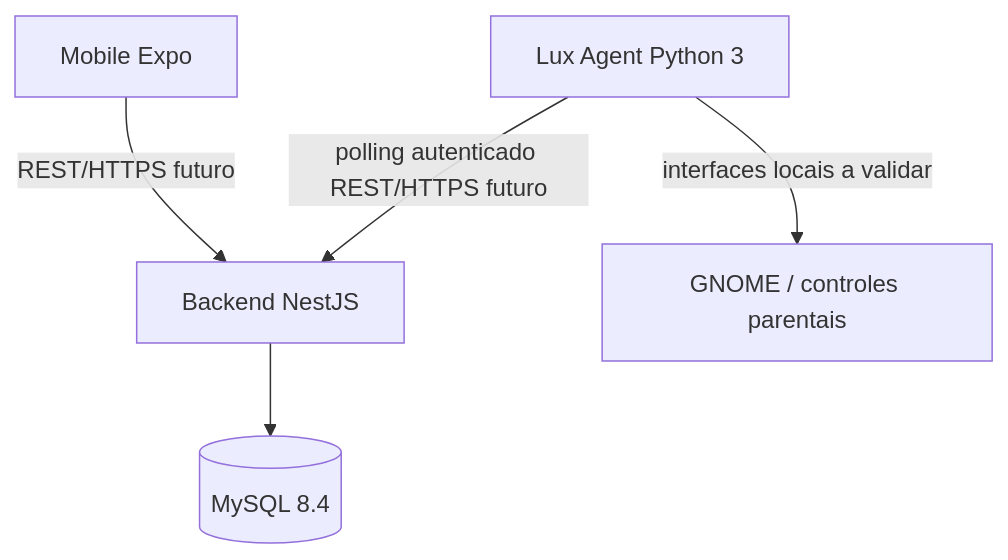
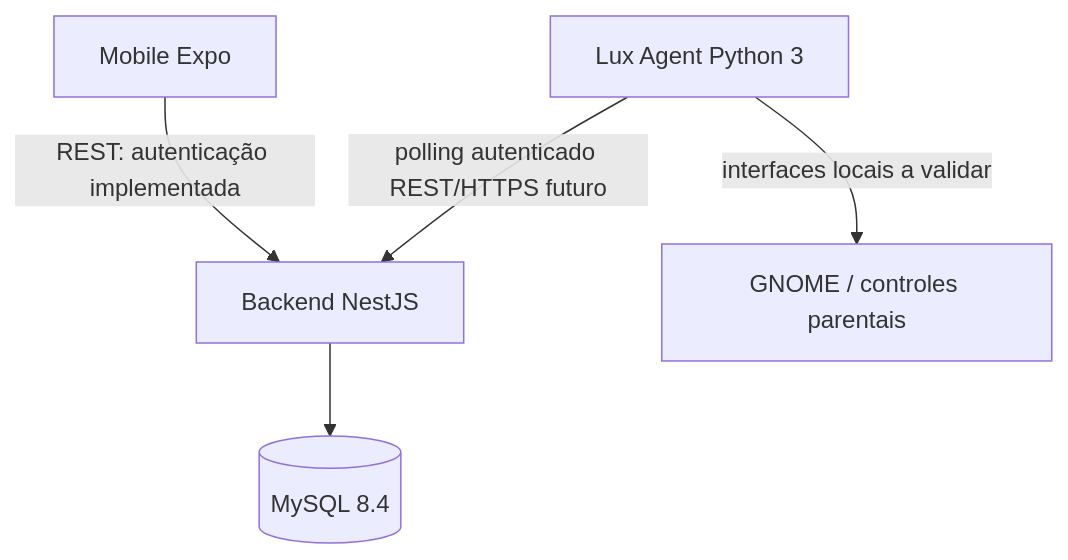
Before and after one commit to cfrans/Projeto-Integrador-FatecID-5Sem: the diagram in docs/architecture.md, drawn with Mermaid. The commit also changed other lines of this file and 12 other files, not shown here.

````diff
--- a/docs/architecture.md
+++ b/docs/architecture.md
@@ -5,7 +5,7 @@
 ```mermaid
 flowchart TD
-    M[Mobile Expo] -->|REST/HTTPS futuro| B[Backend NestJS]
+    M[Mobile Expo] -->|REST: autenticação implementada| B[Backend NestJS]
     A[Lux Agent Python 3] -->|polling autenticado REST/HTTPS futuro| B[Backend NestJS]
     A -->|interfaces locais a validar| G[GNOME / controles parentais]
     B --> D[(MySQL 8.4)]
 ```
````
